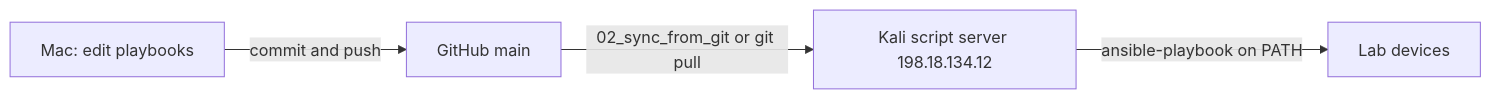
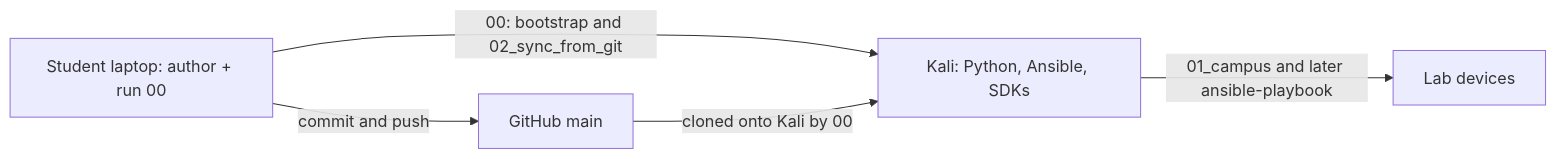
Before and after one commit to imanassypov/cisco-one-experience-lab-automation: the diagram in README.md, drawn with Mermaid. The commit also changed other lines of this file and 11 other files, not shown here.

First line of the commit message:
Move the laptop Ansible venv to ansible-automation and finish script-server prep from collection 00.

````diff
--- a/README.md
+++ b/README.md
@@ -11,9 +11,10 @@
 ```mermaid
 flowchart LR
-  Mac["Mac: edit playbooks"]
+  Laptop["Student laptop: author + run 00"]
   GitHub["GitHub main"]
-  Script["Kali script server 198.18.134.12"]
-  Mac -->|"commit and push"| GitHub
-  GitHub -->|"02_sync_from_git or git pull"| Script
-  Script -->|"ansible-playbook on PATH"| Lab["Lab devices"]
+  Script["Kali: Python, Ansible, SDKs"]
+  Laptop -->|"commit and push"| GitHub
+  Laptop -->|"00: bootstrap and 02_sync_from_git"| Script
+  GitHub -->|"cloned onto Kali by 00"| Script
+  Script -->|"01_campus and later ansible-playbook"| Lab["Lab devices"]
 ```
````
